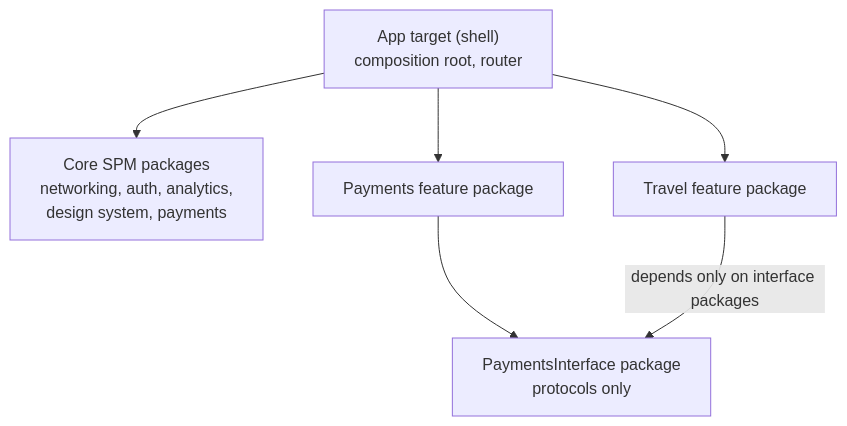
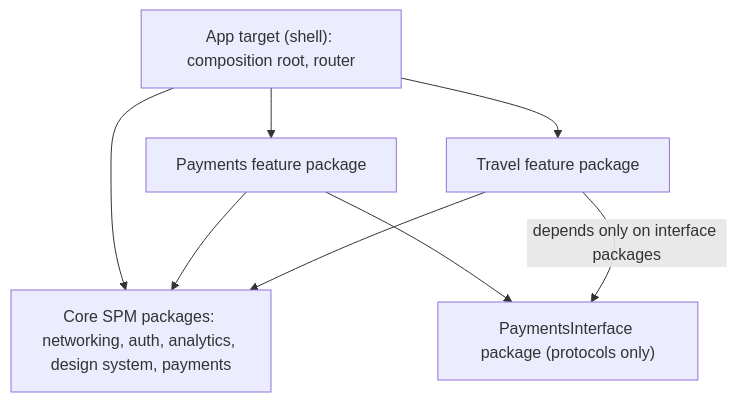
Before and after one commit to AkshayAshokCode/iOS-Interview-Questions-and-Answers: the ninth of 15 diagrams in topics/25-company-wise-questions.md, drawn with Mermaid. The commit also changed other lines of this file and 2 other files, not shown here.

````diff
--- a/topics/25-company-wise-questions.md
+++ b/topics/25-company-wise-questions.md
@@ -286,8 +998,10 @@
 ```mermaid
 flowchart TD
-    APP["App target (shell)<br/>composition root, router"] --> CORE["Core SPM packages<br/>networking, auth, analytics,<br/>design system, payments"]
+    APP["App target (shell): composition root, router"] --> CORE["Core SPM packages: networking, auth, analytics, design system, payments"]
     APP --> F1["Payments feature package"]
     APP --> F2["Travel feature package"]
-    F1 --> API1["PaymentsInterface package<br/>protocols only"]
+    F1 --> API1["PaymentsInterface package (protocols only)"]
     F2 -->|"depends only on interface packages"| API1
+    F1 --> CORE
+    F2 --> CORE
 ```
````
